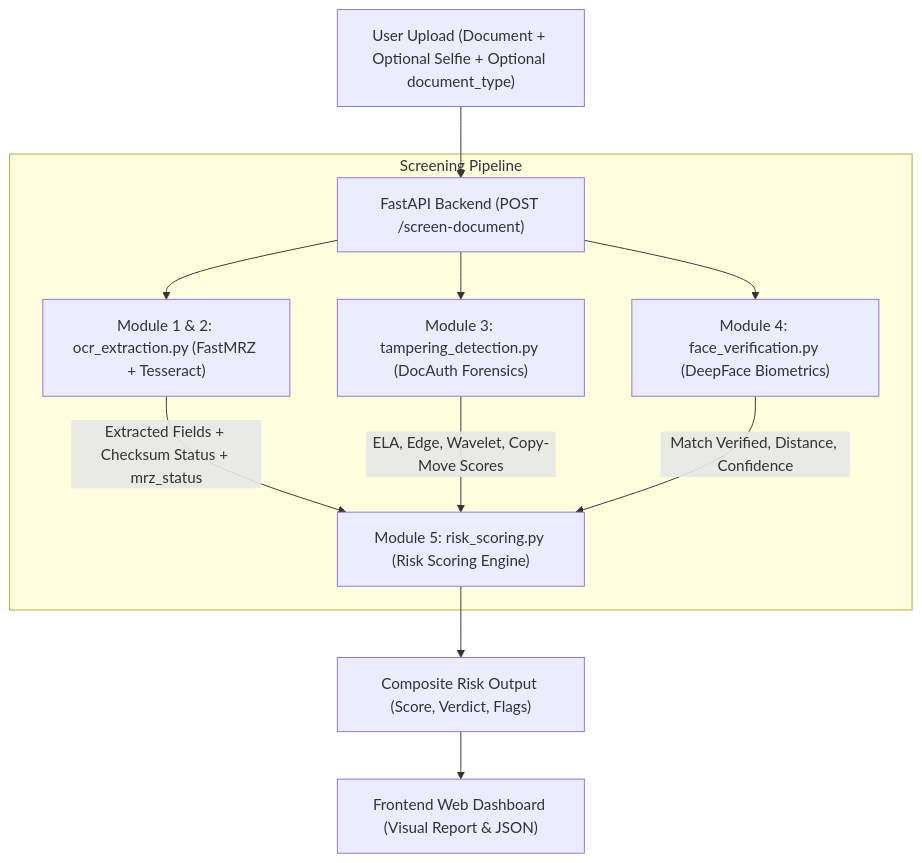
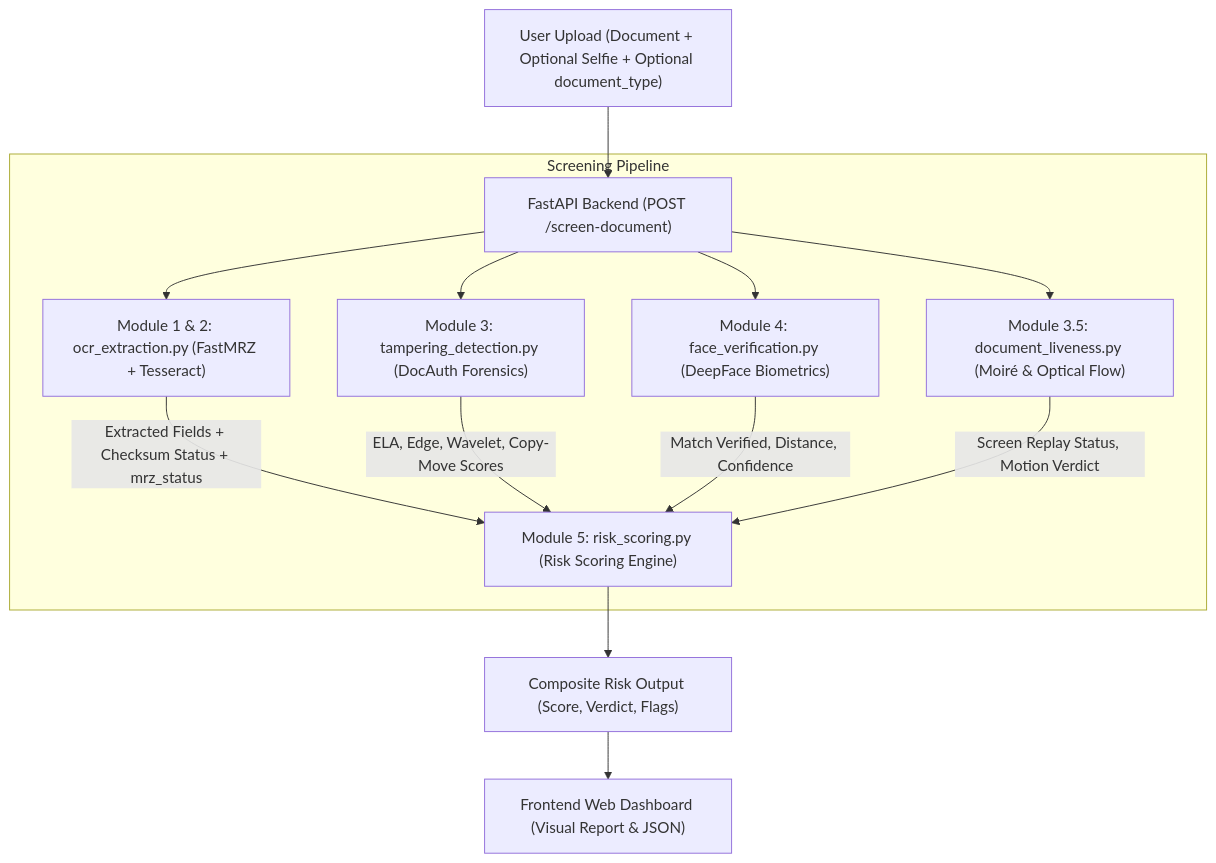
The diagram in PROTOTYPE_STATUS.md (mayankranjancoc-byte/NirakShan), drawn with Mermaid before and after one commit. The commit also changed other lines of this file and 16 other files, not shown here.

Commit message:
feat: Add Module 3.5 Document Liveness (Screen Replay & Physical Motion)

````diff
--- a/PROTOTYPE_STATUS.md
+++ b/PROTOTYPE_STATUS.md
@@ -81,17 +84,19 @@
 ```mermaid
 flowchart TD
     A["User Upload (Document + Optional Selfie + Optional document_type)"] --> B["FastAPI Backend (POST /screen-document)"]
     
     subgraph Pipeline ["Screening Pipeline"]
         B --> C["Module 1 & 2: ocr_extraction.py (FastMRZ + Tesseract)"]
         B --> D["Module 3: tampering_detection.py (DocAuth Forensics)"]
         B --> E["Module 4: face_verification.py (DeepFace Biometrics)"]
+        B --> L["Module 3.5: document_liveness.py (Moiré & Optical Flow)"]
         
         C -->|Extracted Fields + Checksum Status + mrz_status| F["Module 5: risk_scoring.py (Risk Scoring Engine)"]
         D -->|ELA, Edge, Wavelet, Copy-Move Scores| F
         E -->|Match Verified, Distance, Confidence| F
+        L -->|Screen Replay Status, Motion Verdict| F
     end
     
     F --> G["Composite Risk Output (Score, Verdict, Flags)"]
     G --> H["Frontend Web Dashboard (Visual Report & JSON)"]
 ```
````
